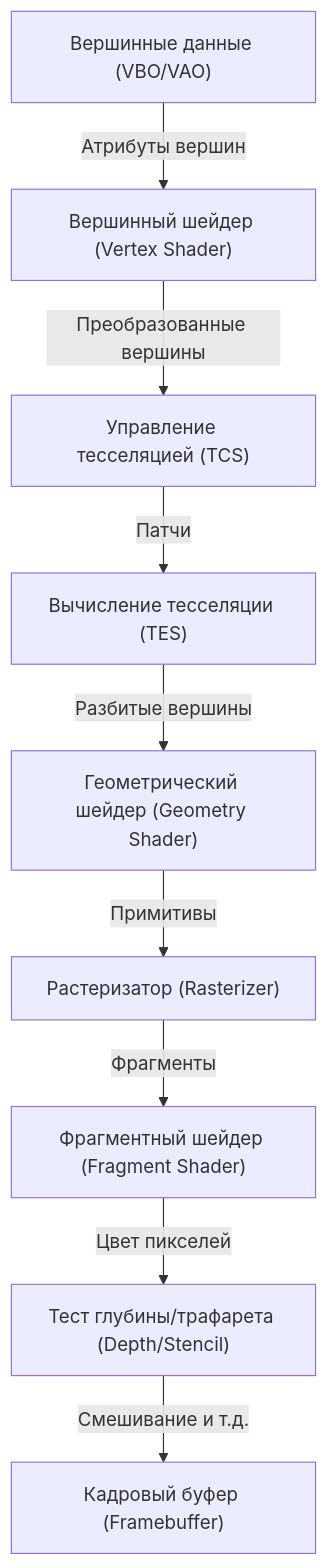
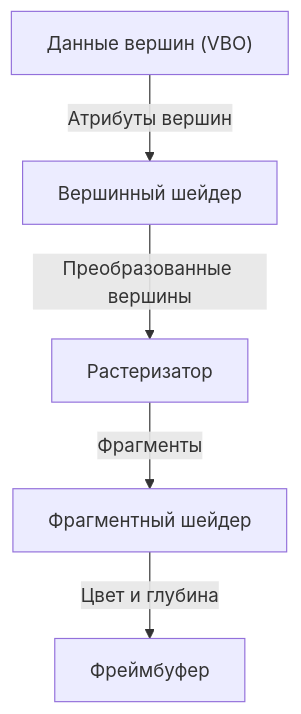
Before and after one commit to kenjinote/blog: the second of 2 diagrams in content/post/opengl-basics-and-history/index.ru.md, drawn with Mermaid. The commit also changed other lines of this file and 129 other files, not shown here.

````diff
--- a/content/post/opengl-basics-and-history/index.ru.md
+++ b/content/post/opengl-basics-and-history/index.ru.md
@@ -69,21 +48,7 @@
 ```mermaid
 graph TD
-    VBO["Вершинные данные (VBO/VAO)"]
-    VS["Вершинный шейдер (Vertex Shader)"]
-    TC["Управление тесселяцией (TCS)"]
-    TE["Вычисление тесселяции (TES)"]
-    GS["Геометрический шейдер (Geometry Shader)"]
-    RS["Растеризатор (Rasterizer)"]
-    FS["Фрагментный шейдер (Fragment Shader)"]
-    TEST["Тест глубины/трафарета (Depth/Stencil)"]
-    FB["Кадровый буфер (Framebuffer)"]
-
-    VBO -- "Атрибуты вершин" --> VS
-    VS -- "Преобразованные вершины" --> TC
-    TC -- "Патчи" --> TE
-    TE -- "Разбитые вершины" --> GS
-    GS -- "Примитивы" --> RS
-    RS -- "Фрагменты" --> FS
-    FS -- "Цвет пикселей" --> TEST
-    TEST -- "Смешивание и т.д." --> FB
+    VBO["Данные вершин (VBO)"] -- "Атрибуты вершин" --> VS["Вершинный шейдер"]
+    VS -- "Преобразованные вершины" --> RS["Растеризатор"]
+    RS -- "Фрагменты" --> FS["Фрагментный шейдер"]
+    FS -- "Цвет и глубина" --> FB["Фреймбуфер"]
 ```
````
